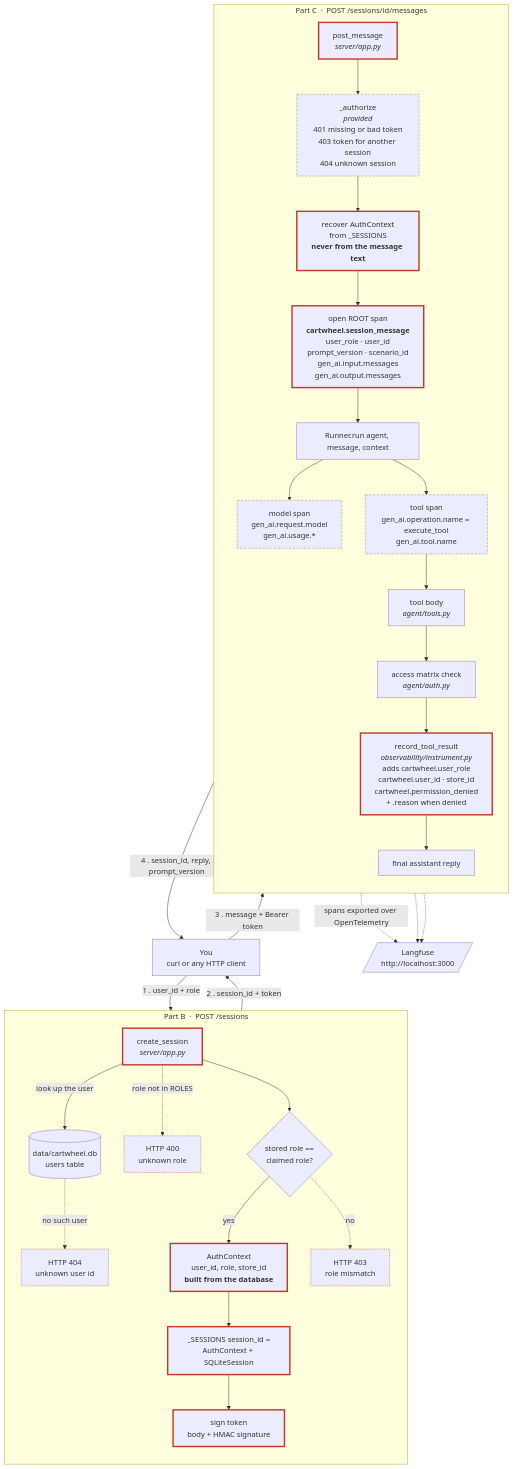
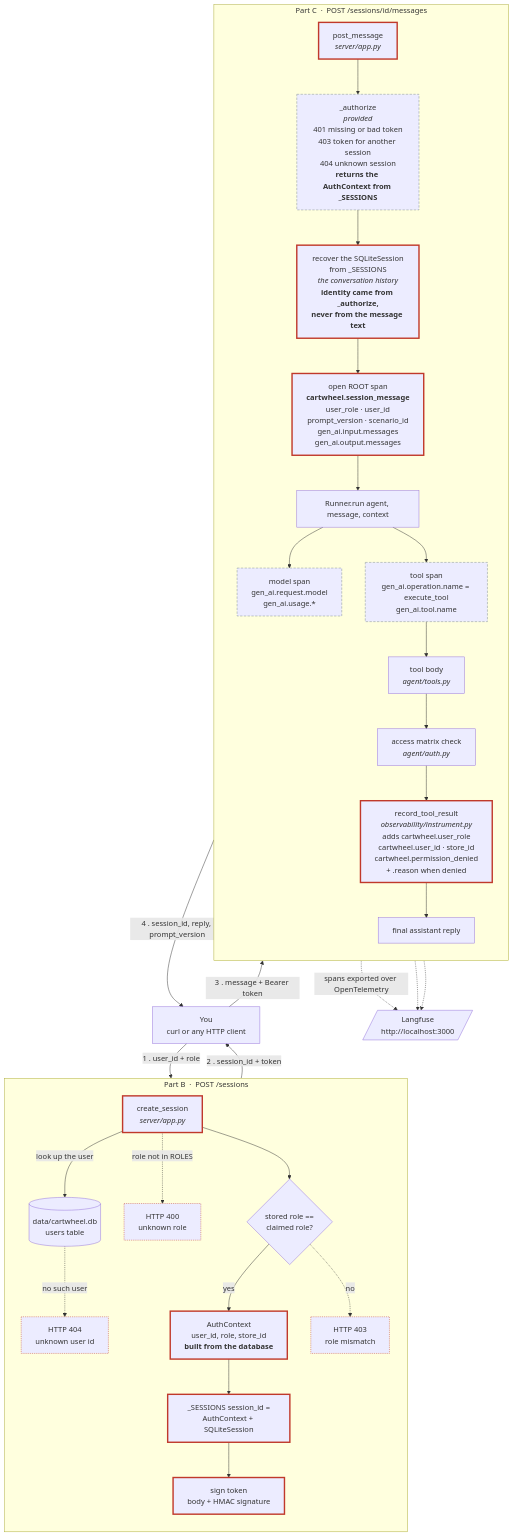
One commit to edangx100/cartwheel-homeworks changed the first of 3 diagrams in homework/module-1/homework_2_diagram.md. Above: the diagram before and after it, drawn with Mermaid. The commit also changed other lines of this file and 2 other files, not shown here.

````diff
--- a/homework/module-1/homework_2_diagram.md
+++ b/homework/module-1/homework_2_diagram.md
@@ -15,62 +15,62 @@
 ```mermaid
 flowchart TD
     You["You<br/>curl or any HTTP client"]
 
     subgraph B["Part B &nbsp;·&nbsp; POST /sessions"]
         direction TB
         CS["create_session<br/><i>server/app.py</i>"]
         DB[("data/cartwheel.db<br/>users table")]
         RoleOK{"stored role ==<br/>claimed role?"}
         E400["HTTP 400<br/>unknown role"]
         E404["HTTP 404<br/>unknown user id"]
         E403["HTTP 403<br/>role mismatch"]
         Ctx["AuthContext<br/>user_id, role, store_id<br/><b>built from the database</b>"]
         Save["_SESSIONS session_id =<br/>AuthContext + SQLiteSession"]
         Sign["sign token<br/>body + HMAC signature"]
     end
 
     subgraph C["Part C &nbsp;·&nbsp; POST /sessions/id/messages"]
         direction TB
         PM["post_message<br/><i>server/app.py</i>"]
-        Authz["_authorize<br/><i>provided</i><br/>401 missing or bad token<br/>403 token for another session<br/>404 unknown session"]
-        Recover["recover AuthContext<br/>from _SESSIONS<br/><b>never from the message text</b>"]
+        Authz["_authorize<br/><i>provided</i><br/>401 missing or bad token<br/>403 token for another session<br/>404 unknown session<br/><b>returns the AuthContext from _SESSIONS</b>"]
+        Recover["recover the SQLiteSession<br/>from _SESSIONS<br/><i>the conversation history</i><br/><b>identity came from _authorize,<br/>never from the message text</b>"]
         Root["open ROOT span<br/><b>cartwheel.session_message</b><br/>user_role · user_id<br/>prompt_version · scenario_id<br/>gen_ai.input.messages<br/>gen_ai.output.messages"]
         Run["Runner.run agent, message, context"]
         Model["model span<br/>gen_ai.request.model<br/>gen_ai.usage.*"]
         TSpan["tool span<br/>gen_ai.operation.name = execute_tool<br/>gen_ai.tool.name"]
         Tool["tool body<br/><i>agent/tools.py</i>"]
         Matrix["access matrix check<br/><i>agent/auth.py</i>"]
         Rec["record_tool_result<br/><i>observability/instrument.py</i><br/>adds cartwheel.user_role<br/>cartwheel.user_id · store_id<br/>cartwheel.permission_denied<br/>+ .reason when denied"]
         Reply["final assistant reply"]
     end
 
     LF[/"Langfuse<br/>http://localhost:3000"/]
 
     You -->|"1 . user_id + role"| CS
     CS --> RoleOK
     CS -.->|"role not in ROLES"| E400
     CS -->|"look up the user"| DB
     DB -.->|"no such user"| E404
     RoleOK -->|"yes"| Ctx
     RoleOK -.->|"no"| E403
     Ctx --> Save --> Sign
     Sign -->|"2 . session_id + token"| You
 
     You -->|"3 . message + Bearer token"| PM
     PM --> Authz --> Recover --> Root --> Run
     Run --> Model
     Run --> TSpan --> Tool --> Matrix --> Rec
     Rec --> Reply
     Reply -->|"4 . session_id, reply, prompt_version"| You
 
     Root -.->|"spans exported over OpenTelemetry"| LF
     Model -.-> LF
     TSpan -.-> LF
 
     classDef yours stroke:#c0392b,stroke-width:3px
     classDef auto stroke:#7f8c8d,stroke-width:1px,stroke-dasharray: 5 3
     classDef err stroke:#c0392b,stroke-width:1px,stroke-dasharray: 2 2
     class CS,Ctx,Save,Sign,PM,Recover,Root,Rec yours
     class Model,TSpan,Authz auto
     class E400,E403,E404 err
 ```
````
